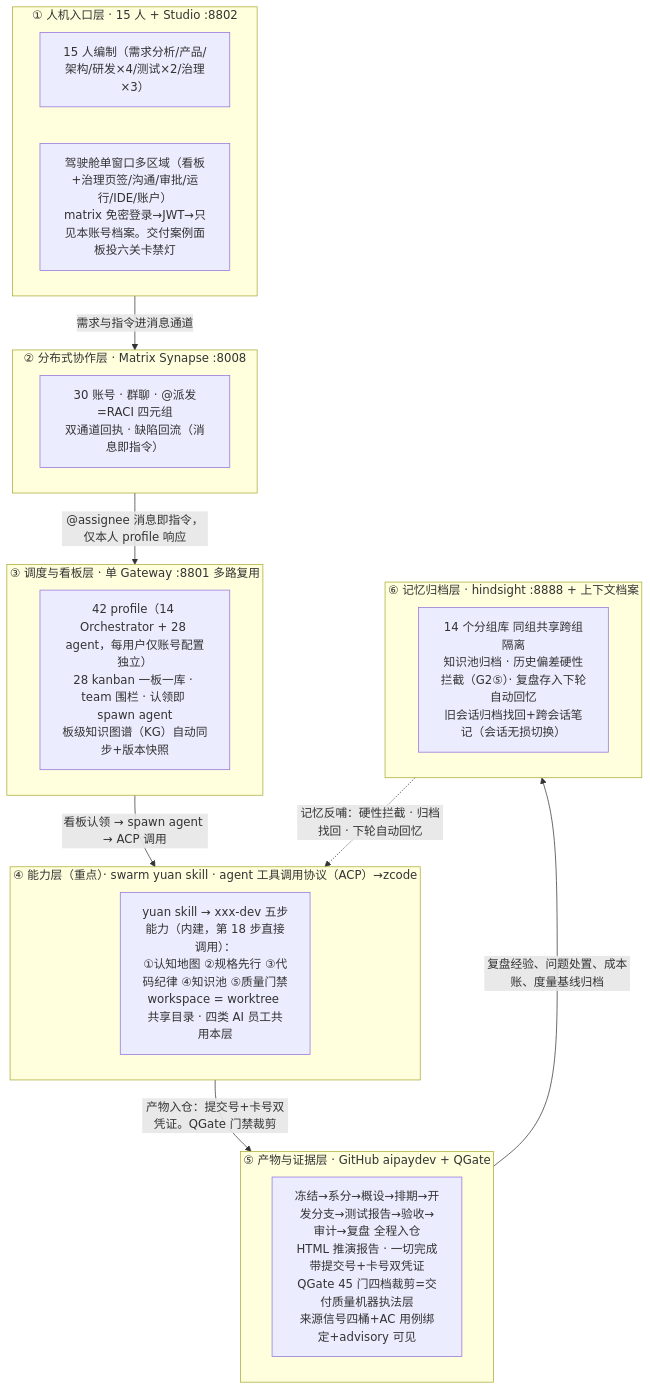
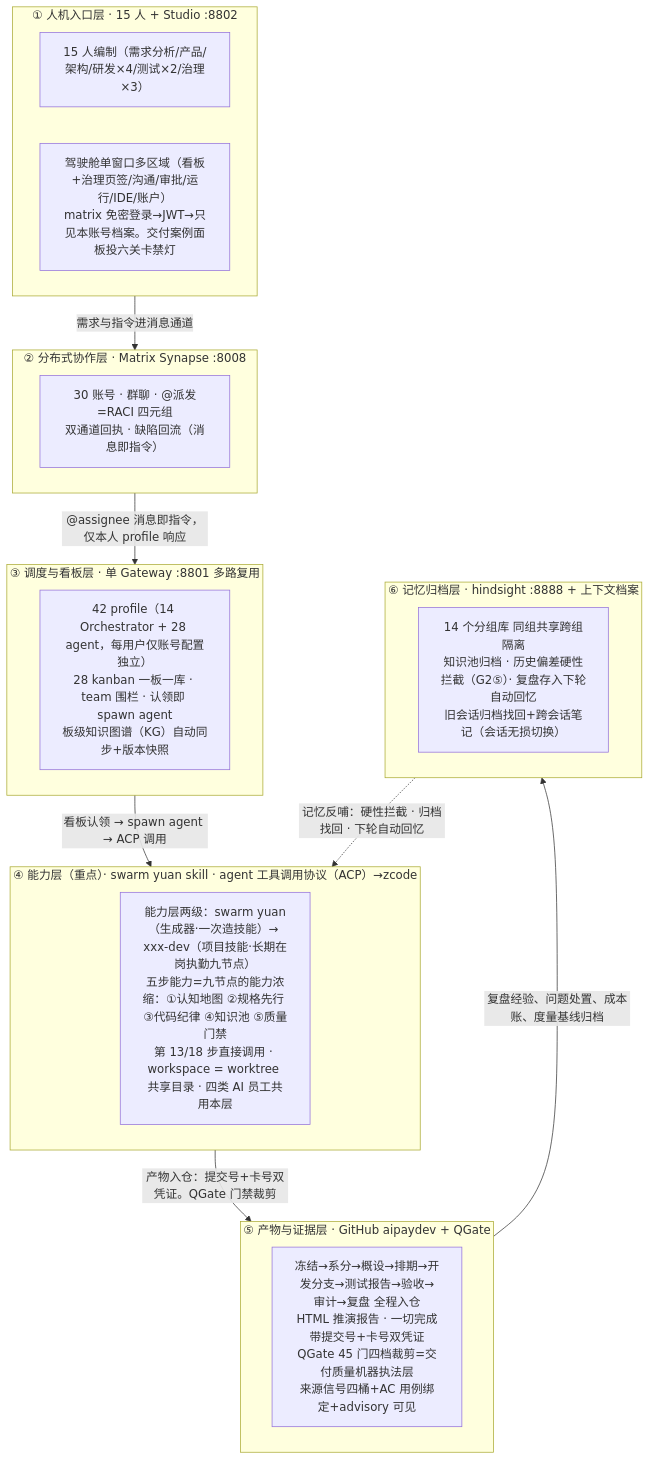
One commit to issac-new/SwarmStudio changed the third of 4 diagrams in docs/superpowers/specs/2026-10-05-mux-v8-fullflow-plan.md. Above: the diagram before and after it, drawn with Mermaid. The commit also changed other lines of this file and 1 other file, not shown here.

Commit message:
docs(plan): V8.18 能力层叙事版——§2.1 新增能力层展开小节（swarm yuan 生成器与 xxx-dev 项目技能两级关系/九节点与五步能力映射/四档口径对齐生成器正本）+组件表三档改四档+架构图节点两级标注+§5.4 技能执勤账小节条款+档案版本表 V8.18 行

````diff
--- a/docs/superpowers/specs/2026-10-05-mux-v8-fullflow-plan.md
+++ b/docs/superpowers/specs/2026-10-05-mux-v8-fullflow-plan.md
@@ -259,28 +265,28 @@
 ```mermaid
 graph TB
     subgraph L1["① 人机入口层 · 15 人 + Studio :8802"]
         U["15 人编制（需求分析/产品/架构/研发×4/测试×2/治理×3）"]
         ST["驾驶舱单窗口多区域（看板+治理页签/沟通/审批/运行/IDE/账户）<br/>matrix 免密登录→JWT→只见本账号档案。交付案例面板投六关卡禁灯"]
     end
     subgraph L2["② 分布式协作层 · Matrix Synapse :8008"]
         MX["30 账号 · 群聊 · @派发=RACI 四元组<br/>双通道回执 · 缺陷回流（消息即指令）"]
     end
     subgraph L3["③ 调度与看板层 · 单 Gateway :8801 多路复用"]
         GW["42 profile（14 Orchestrator + 28 agent，每用户仅账号配置独立）<br/>28 kanban 一板一库 · team 围栏 · 认领即 spawn agent<br/>板级知识图谱（KG）自动同步+版本快照"]
     end
     subgraph L4["④ 能力层（重点）· swarm yuan skill · agent 工具调用协议（ACP）→zcode"]
-        SK["yuan skill → xxx-dev 五步能力（内建，第 18 步直接调用）：<br/>①认知地图 ②规格先行 ③代码纪律 ④知识池 ⑤质量门禁<br/>workspace = worktree 共享目录 · 四类 AI 员工共用本层"]
+        SK["能力层两级：swarm yuan（生成器·一次造技能）→ xxx-dev（项目技能·长期在岗执勤九节点）<br/>五步能力=九节点的能力浓缩：①认知地图 ②规格先行 ③代码纪律 ④知识池 ⑤质量门禁<br/>第 13/18 步直接调用 · workspace = worktree 共享目录 · 四类 AI 员工共用本层"]
     end
     subgraph L5["⑤ 产物与证据层 · GitHub aipaydev + QGate"]
         ART["冻结→系分→概设→排期→开发分支→测试报告→验收→审计→复盘 全程入仓<br/>HTML 推演报告 · 一切完成带提交号+卡号双凭证<br/>QGate 45 门四档裁剪=交付质量机器执法层<br/>来源信号四桶+AC 用例绑定+advisory 可见"]
     end
     subgraph L6["⑥ 记忆归档层 · hindsight :8888 + 上下文档案"]
         MEM["14 个分组库 同组共享跨组隔离<br/>知识池归档 · 历史偏差硬性拦截（G2⑤）· 复盘存入下轮自动回忆<br/>旧会话归档找回+跨会话笔记（会话无损切换）"]
     end
     L1 -->|"需求与指令进消息通道"| L2
     L2 -->|"@assignee 消息即指令，仅本人 profile 响应"| L3
     L3 -->|"看板认领 → spawn agent → ACP 调用"| L4
     L4 -->|"产物入仓：提交号+卡号双凭证。QGate 门禁裁剪"| L5
     L5 -->|"复盘经验、问题处置、成本账、度量基线归档"| L6
     L6 -.->|"记忆反哺：硬性拦截 · 归档找回 · 下轮自动回忆"| L4
 ```
````
